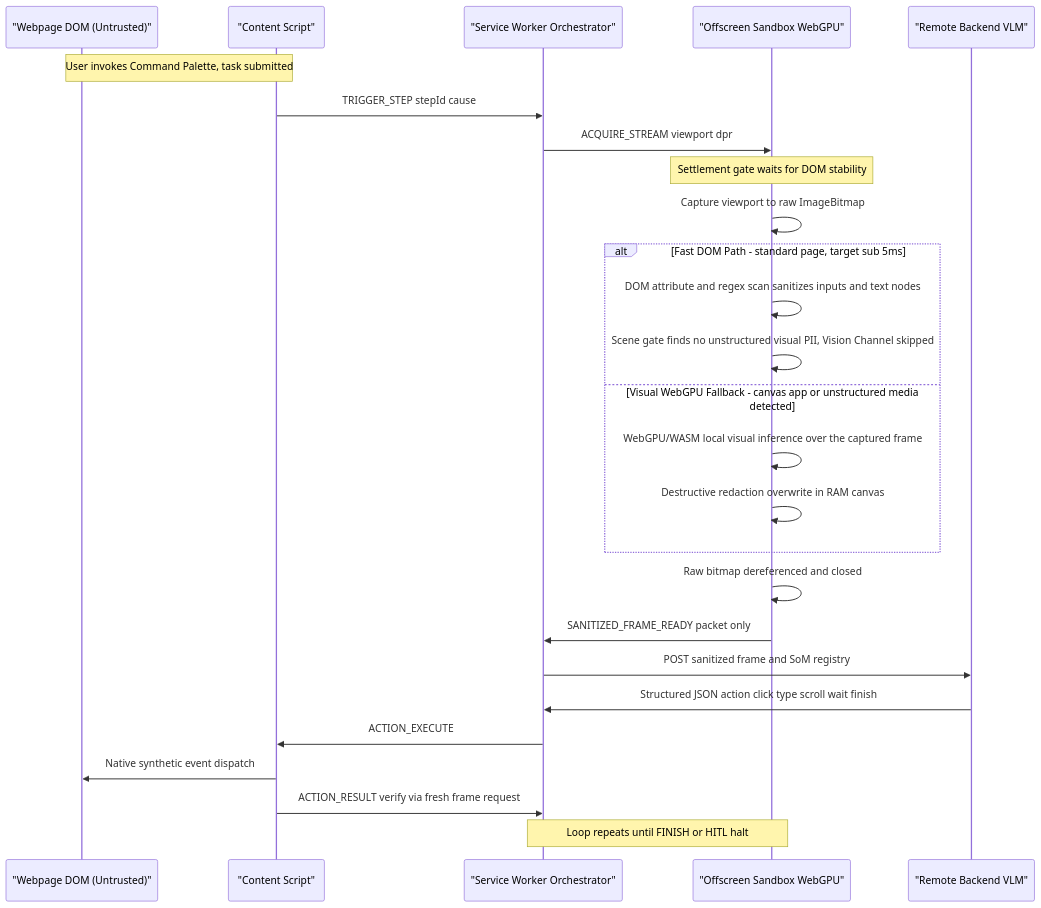
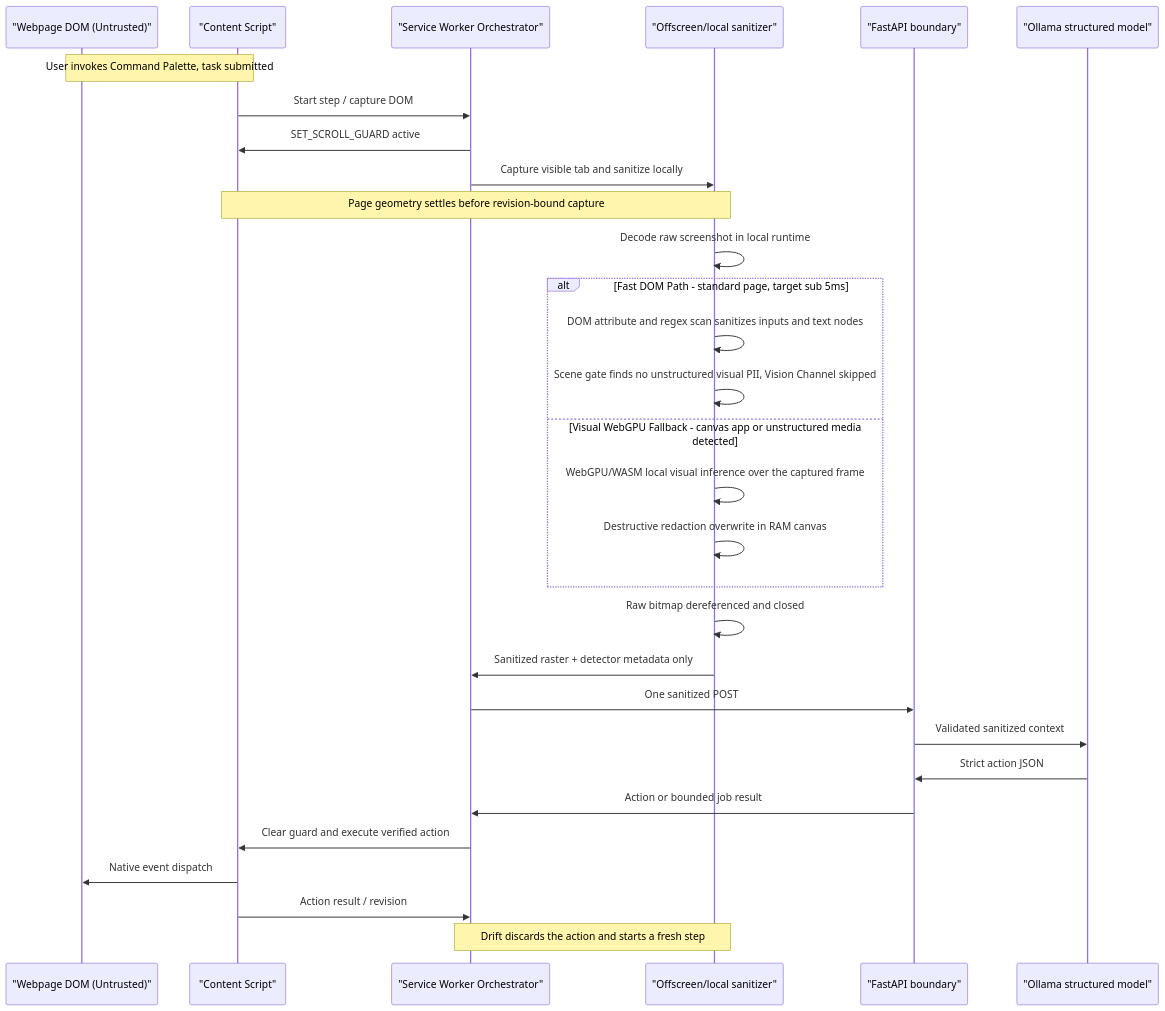
One commit to Rohinth-S/NAYAN changed the third of 5 diagrams in README.md. Above: the diagram before and after it, drawn with Mermaid. The commit also changed other lines of this file and 2 other files, not shown here.

Commit message:
docs: align architecture and flow diagrams

````diff
--- a/README.md
+++ b/README.md
@@ -120,29 +121,33 @@
 ```mermaid
 sequenceDiagram
     participant DOM as "Webpage DOM (Untrusted)"
     participant CS as "Content Script"
     participant SW as "Service Worker Orchestrator"
-    participant OS as "Offscreen Sandbox WebGPU"
-    participant VLM as "Remote Backend VLM"
+    participant OS as "Offscreen/local sanitizer"
+    participant API as "FastAPI boundary"
+    participant VLM as "Ollama structured model"
 
     Note over DOM,CS: User invokes Command Palette, task submitted
-    CS->>SW: TRIGGER_STEP stepId cause
-    SW->>OS: ACQUIRE_STREAM viewport dpr
-    Note over OS: Settlement gate waits for DOM stability
-    OS->>OS: Capture viewport to raw ImageBitmap
+    CS->>SW: Start step / capture DOM
+    SW->>CS: SET_SCROLL_GUARD active
+    SW->>OS: Capture visible tab and sanitize locally
+    Note over CS,OS: Page geometry settles before revision-bound capture
+    OS->>OS: Decode raw screenshot in local runtime
     alt Fast DOM Path - standard page, target sub 5ms
         OS->>OS: DOM attribute and regex scan sanitizes inputs and text nodes
         OS->>OS: Scene gate finds no unstructured visual PII, Vision Channel skipped
     else Visual WebGPU Fallback - canvas app or unstructured media detected
         OS->>OS: WebGPU/WASM local visual inference over the captured frame
         OS->>OS: Destructive redaction overwrite in RAM canvas
     end
     OS->>OS: Raw bitmap dereferenced and closed
-    OS->>SW: SANITIZED_FRAME_READY packet only
-    SW->>VLM: POST sanitized frame and SoM registry
-    VLM->>SW: Structured JSON action click type scroll wait finish
-    SW->>CS: ACTION_EXECUTE
-    CS->>DOM: Native synthetic event dispatch
-    CS->>SW: ACTION_RESULT verify via fresh frame request
-    Note over SW,OS: Loop repeats until FINISH or HITL halt
+    OS->>SW: Sanitized raster + detector metadata only
+    SW->>API: One sanitized POST
+    API->>VLM: Validated sanitized context
+    VLM->>API: Strict action JSON
+    API->>SW: Action or bounded job result
+    SW->>CS: Clear guard and execute verified action
+    CS->>DOM: Native event dispatch
+    CS->>SW: Action result / revision
+    Note over SW,OS: Drift discards the action and starts a fresh step
 ```
````
